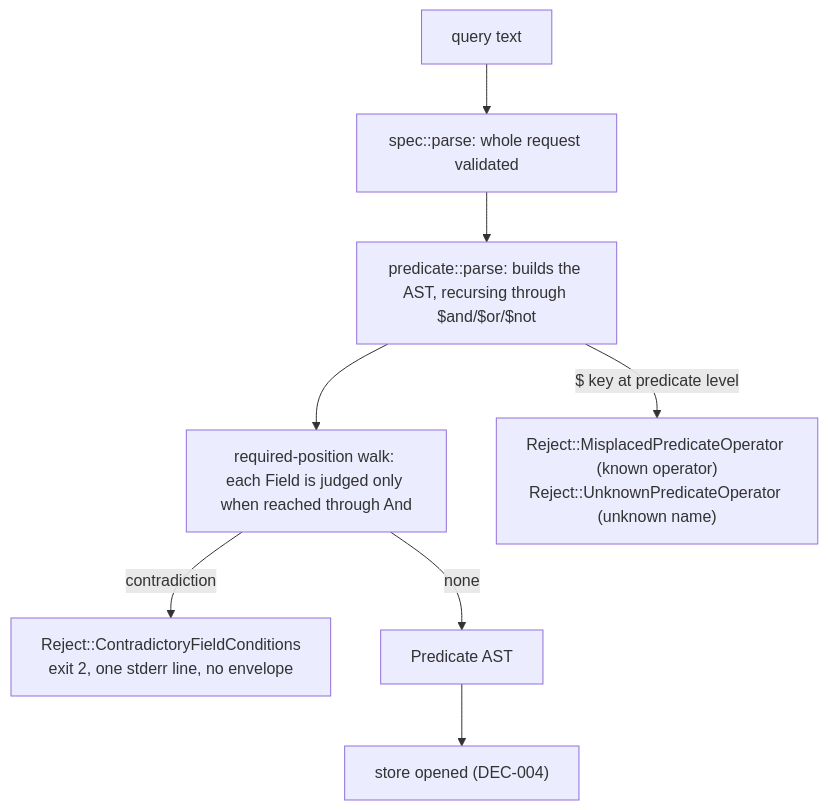
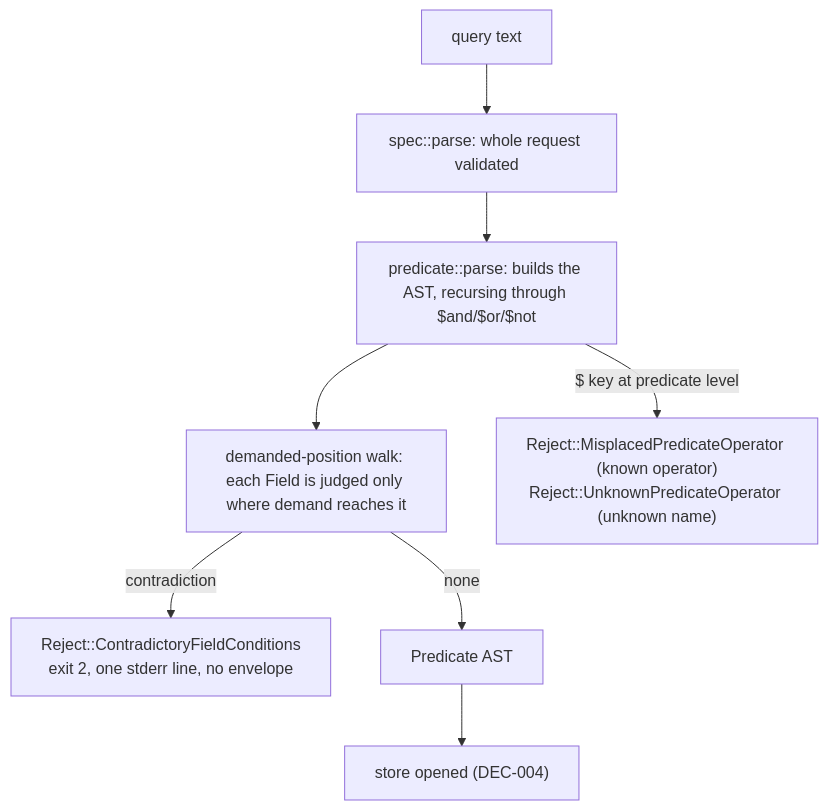
The diagram in .doctrine/slice/005/design.md (davidlee/smut), drawn with Mermaid before and after one commit. The commit also changed other lines of this file and 2 other files, not shown here.

````diff
--- a/.doctrine/slice/005/design.md
+++ b/.doctrine/slice/005/design.md
@@ -28,10 +28,10 @@
 ```mermaid
 flowchart TD
   A[query text] --> B["spec::parse: whole request validated"]
   B --> C["predicate::parse: builds the AST, recursing through $and/$or/$not"]
-  C --> D["required-position walk: each Field is judged only when reached through And"]
+  C --> D["demanded-position walk: each Field is judged only where demand reaches it"]
   D -- contradiction --> F["Reject::ContradictoryFieldConditions\nexit 2, one stderr line, no envelope"]
   D -- none --> G["Predicate AST"]
   G --> H["store opened (DEC-004)"]
   C -- "$ key at predicate level" --> I["Reject::MisplacedPredicateOperator (known operator)\nReject::UnknownPredicateOperator (unknown name)"]
 ```
````
